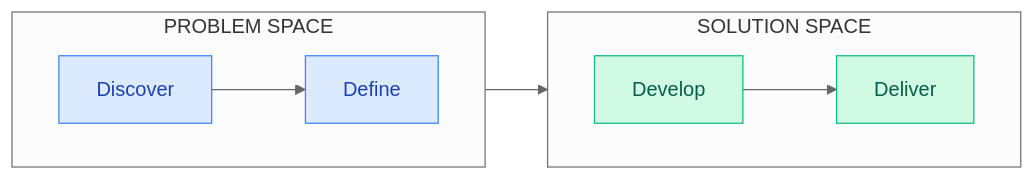
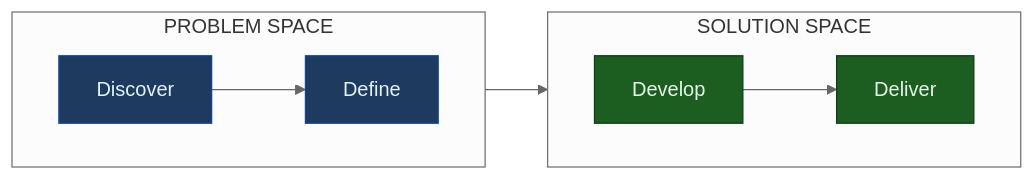
One commit to smileynet/ui-optimizer changed the second of 2 diagrams in docs/product-design/explanation/design-thinking.md. Above: the diagram before and after it, drawn with Mermaid (neutral theme). The commit also changed other lines of this file and 13 other files, not shown here.

````diff
--- a/docs/product-design/explanation/design-thinking.md
+++ b/docs/product-design/explanation/design-thinking.md
@@ -39,17 +43,19 @@
 ```mermaid
 flowchart LR
-    classDef problem fill:#DBEAFE,stroke:#3B82F6,color:#1E40AF
-    classDef solution fill:#D1FAE5,stroke:#10B981,color:#065F46
+    classDef problem fill:#1E3A5F,stroke:#0D47A1,color:#E3F2FD
+    classDef solution fill:#1B5E20,stroke:#0D3D13,color:#E8F5E9
     
     subgraph Problem["PROBLEM SPACE"]
         direction LR
-        DIS[Discover]:::problem --> DEF[Define]:::problem
+        DIS[Discover]:::problem
+        DEF[Define]:::problem
     end
     
     subgraph Solution["SOLUTION SPACE"]
         direction LR
-        DEV[Develop]:::solution --> DEL[Deliver]:::solution
+        DEV[Develop]:::solution
+        DEL[Deliver]:::solution
     end
     
-    DEF --> DEV
+    DIS --> DEF --> DEV --> DEL
 ```
````
